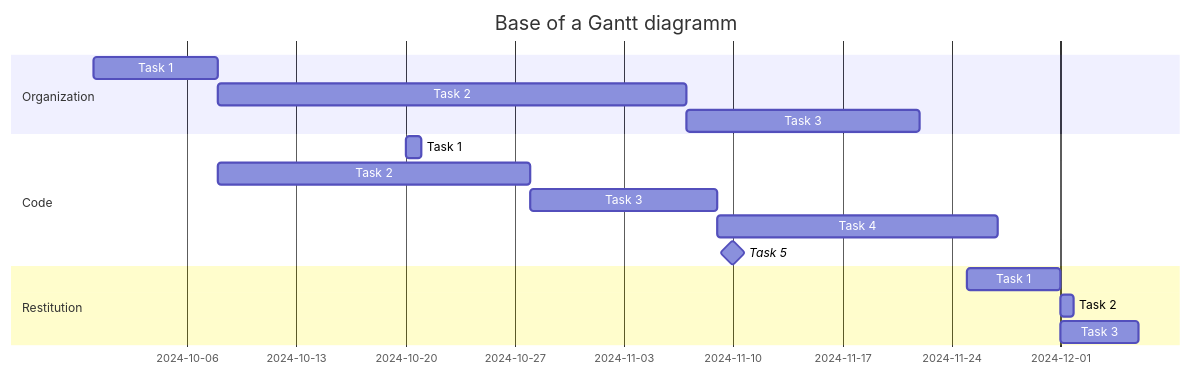
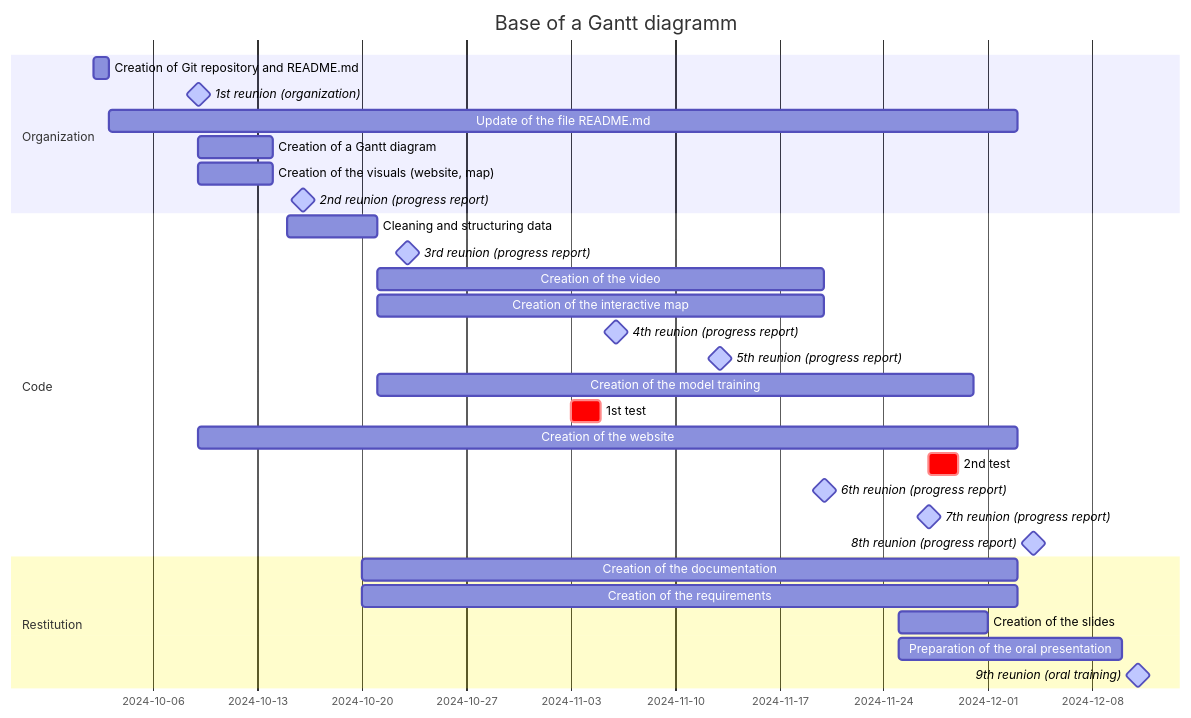
Before and after one commit to EmilieAig/BikeProjectTeam7: the diagram in Gantt_Diagram.qmd, drawn with Mermaid. The commit also changed 19 other files, not shown here.

Commit message:
Version 1 and 2 of the Gantt diagramm

````diff
--- a/Gantt_Diagram.qmd
+++ b/Gantt_Diagram.qmd
@@ -7,25 +7,38 @@
 ```{mermaid}
 gantt
     dateFormat  YYYY-MM-DD
     title       Base of a Gantt diagramm
 
     %% Define sections
 
     section Organization
-    Task 1      :     P1T1,     2024-09-30,     8d
-    Task 2      :     P1T2,     after P1T1,     30d
-    Task 3      :     P1T3,     after P1T2,     15d
+    Creation of Git repository and README.md  :             P1T1,     2024-10-02,     1d
+    1st reunion (organization)                 :     active, milestone, isadded, 2024-10-09, 2h
+    Update of the file README.md              :             P1T2,     after P1T1,     2024-12-03
+    Creation of a Gantt diagram               :             P1T3,     2024-10-09,     5d
+    Creation of the visuals (website, map)    :             P1T4,     2024-10-09,     5d
+    2nd reunion (progress report)             :     active, milestone, isadded, 2024-10-16, 2h
 
     section Code
-    Task 1      :     P2T1,     2024-10-20,     24h
-    Task 2      :     P2T2,     after P1T1,     20d
-    Task 3      :     P2T3,     after P2T2,     12d
-    Task 4      :     P2T4,     after P2T3,     18d
-    Task 5      :     milestone, isadded, 2024-11-10, 0d
+    Cleaning and structuring data             :             P2T1,     2024-10-15,     6d
+    3rd reunion (progress report)             :     active, milestone, isadded, 2024-10-23, 2h
+    Creation of the video                     :             P2T2,     after P2T1,     30d
+    Creation of the interactive map           :             P2T3,     after P2T1,     30d
+    4th reunion (progress report)             :     active, milestone, isadded, 2024-11-06, 2h
+    5th reunion (progress report)             :     active, milestone, isadded, 2024-11-13, 2h
+    Creation of the model training            :             P2T3,     after P2T1,     40d
+    1st test                                  :     crit,   P2T5,     2024-11-03,     2d
+    Creation of the website                   :             P2T4,     2024-10-09,     2024-12-03
+    2nd test                                  :     crit,   P2T6,     2024-11-27,     2d
+    6th reunion (progress report)             :     active, milestone, isadded, 2024-11-20, 2h
+    7th reunion (progress report)             :     active, milestone, isadded, 2024-11-27, 2h
+    8th reunion (progress report)             :     active, milestone, isadded, 2024-12-04, 2h
 
     section Restitution
-    Task 1      :     P3T1,     2024-11-25,     6d
-    Task 2      :     P3T2,     after P3T1,     20h
-    Task 3      :     P3T3,     after P3T1,     5d
+    Creation of the documentation             :             P3T1,     2024-10-20,     2024-12-03
+    Creation of the requirements              :             P3T2,     2024-10-20,     2024-12-03
+    Creation of the slides                    :             P3T3,     2024-11-25,     6d
+    Preparation of the oral presentation      :             P3T4,     2024-11-25,     2024-12-10
+    9th reunion (oral training)               :     active, milestone, isadded, 2024-12-11, 2h
 
 ```
````
